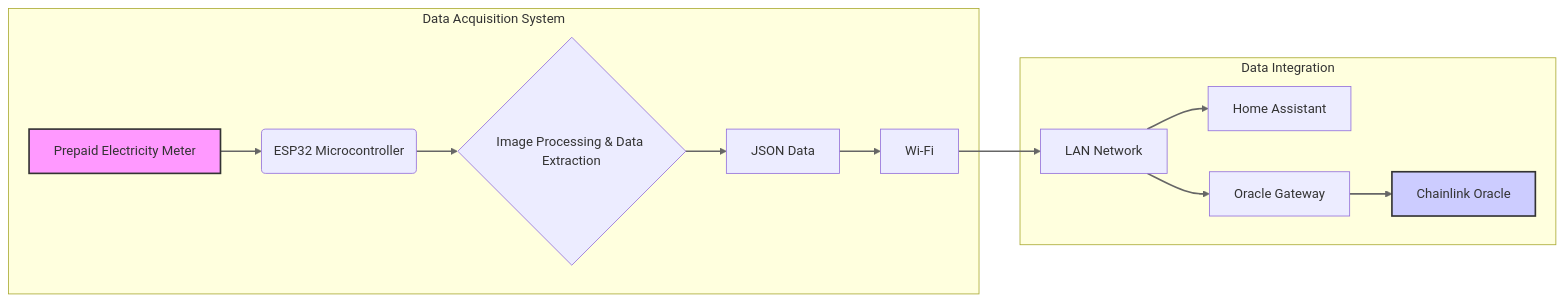
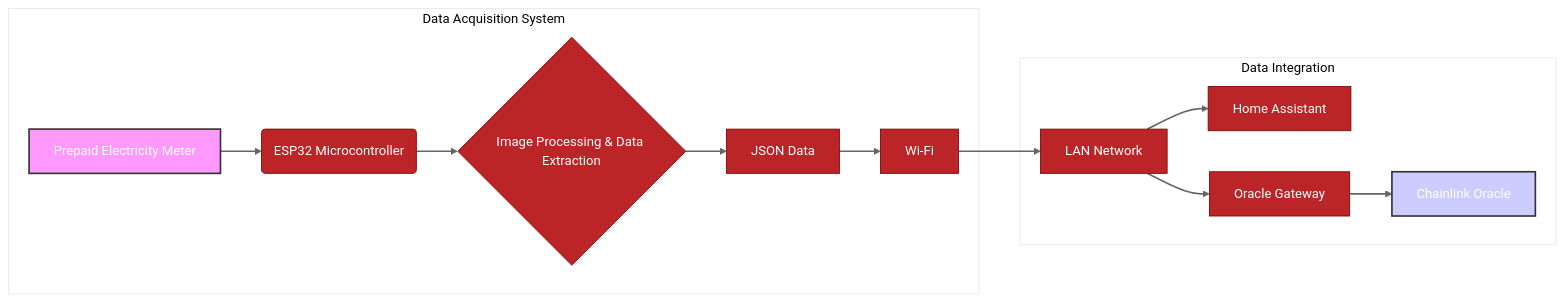
The diagram in docs/schematics/esp32_data_acquisition_diagram.md (umbane/carbon-project), drawn with Mermaid before and after one commit. The commit also changed 2 other files, not shown here.

```diff
--- a/docs/schematics/esp32_data_acquisition_diagram.md
+++ b/docs/schematics/esp32_data_acquisition_diagram.md
@@ -1,24 +1,38 @@
-:::mermaid
+::: mermaid
+
+%%{
+  init: {
+    'theme': 'base',
+    'themeVariables': {
+      'primaryColor': '#BB2528',
+      'primaryTextColor': '#fff',
+      'primaryBorderColor': '#7C0000',
+      'lineColor': '#F8B229',
+      'secondaryColor': '#006100',
+      'tertiaryColor': '#fff'
+    }
+  }
+}%%
 
 graph LR
     A[Prepaid Electricity Meter] --> B(ESP32 Microcontroller);
     B --> C{Image Processing & Data Extraction};
     C --> D[JSON Data];
     D --> E[Wi-Fi];
     E --> F[LAN Network];
     F --> G[Home Assistant];
     F --> H[Oracle Gateway];
     H --> I[Chainlink Oracle];
 
     subgraph "Data Acquisition System"
         A; B; C; D; E;
     end
 
     subgraph "Data Integration"
         F; G; H; I;
     end
 
     style A fill:#f9f,stroke:#333,stroke-width:2px
     style I fill:#ccf,stroke:#333,stroke-width:2px
     linkStyle 0,1,2,3,4,5,6,7 stroke:#666,stroke-width:2px
 :::
```
